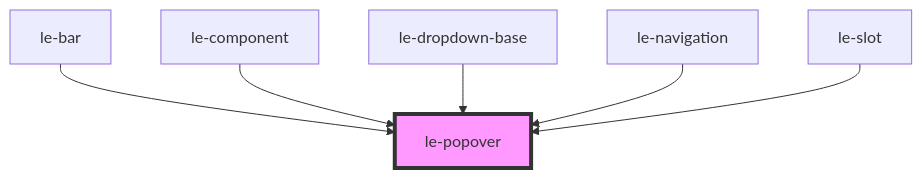
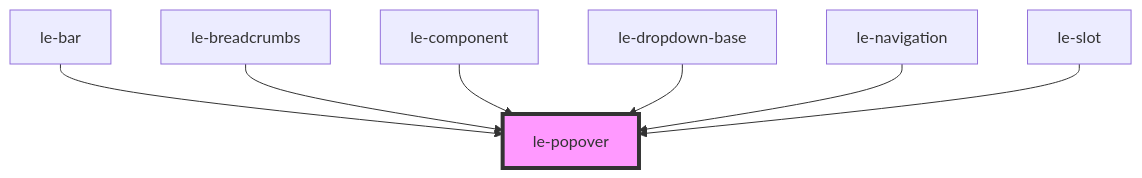
One commit to leechy/le-kit changed the diagram in src/components/le-popover/readme.md. Above: the diagram before and after it, drawn with Mermaid. The commit also changed other lines of this file and 10 other files, not shown here.

````diff
--- a/src/components/le-popover/readme.md
+++ b/src/components/le-popover/readme.md
@@ -112,9 +113,10 @@
 ```mermaid
 graph TD;
   le-bar --> le-popover
+  le-breadcrumbs --> le-popover
   le-component --> le-popover
   le-dropdown-base --> le-popover
   le-navigation --> le-popover
   le-slot --> le-popover
   style le-popover fill:#f9f,stroke:#333,stroke-width:4px
 ```
````
